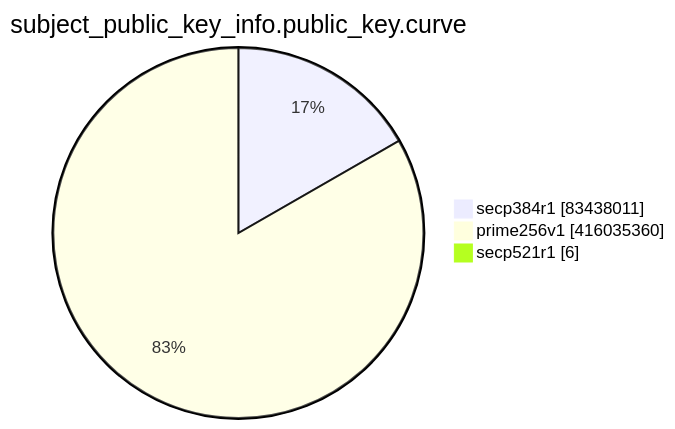
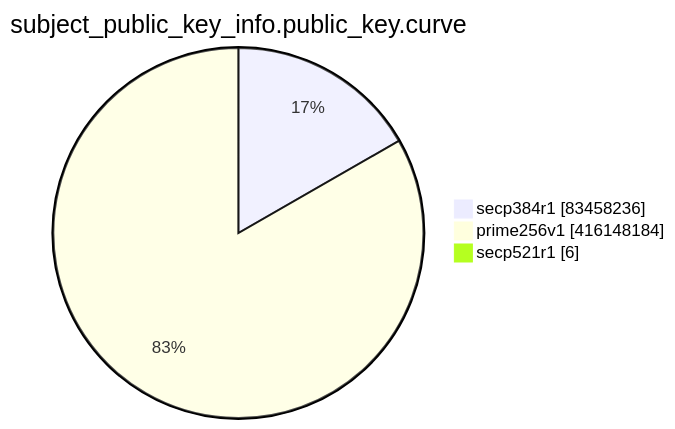
Before and after one commit to christiankrug/ctmonitor_visualization: the eighth of 15 diagrams in TOTAL/README.md, drawn with Mermaid. The commit also changed other lines of this file, not shown here.

````diff
--- a/TOTAL/README.md
+++ b/TOTAL/README.md
@@ -3098,7 +3098,7 @@
 ```mermaid
 pie showData
 title subject_public_key_info.public_key.curve
-"secp384r1" :83438011
-"prime256v1" :416035360
+"secp384r1" :83458236
+"prime256v1" :416148184
 "secp521r1" :6
 ```
````
